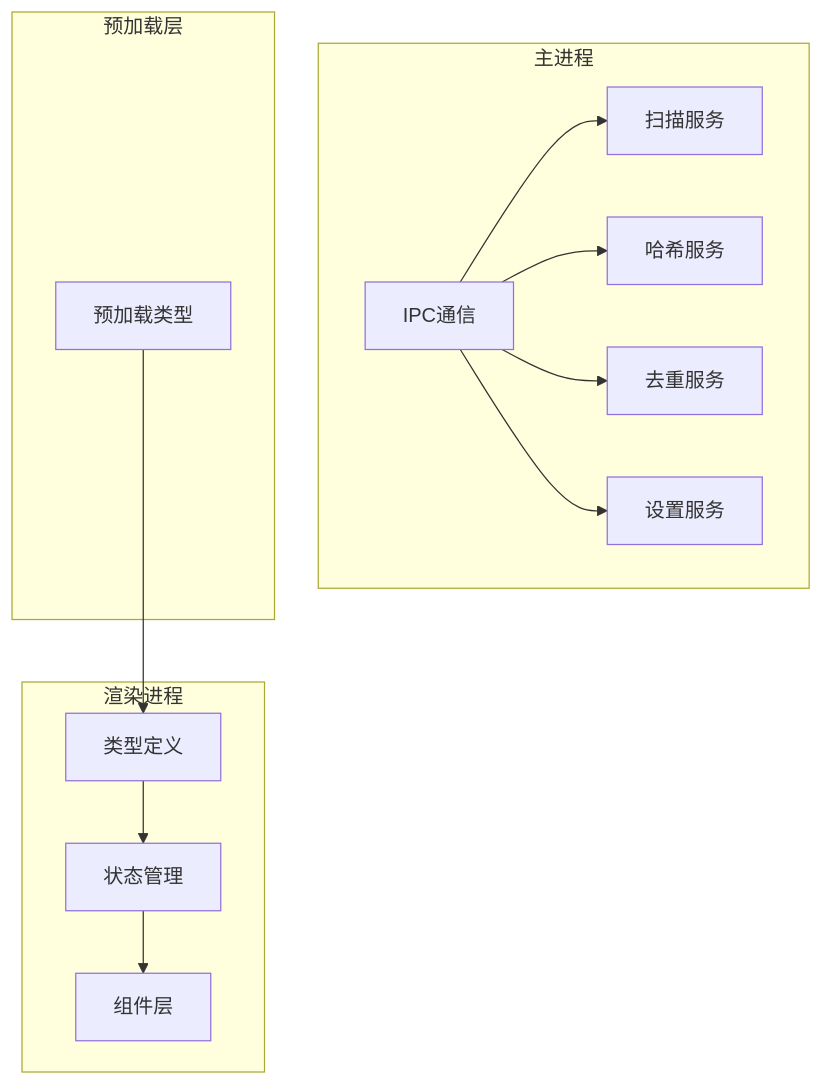
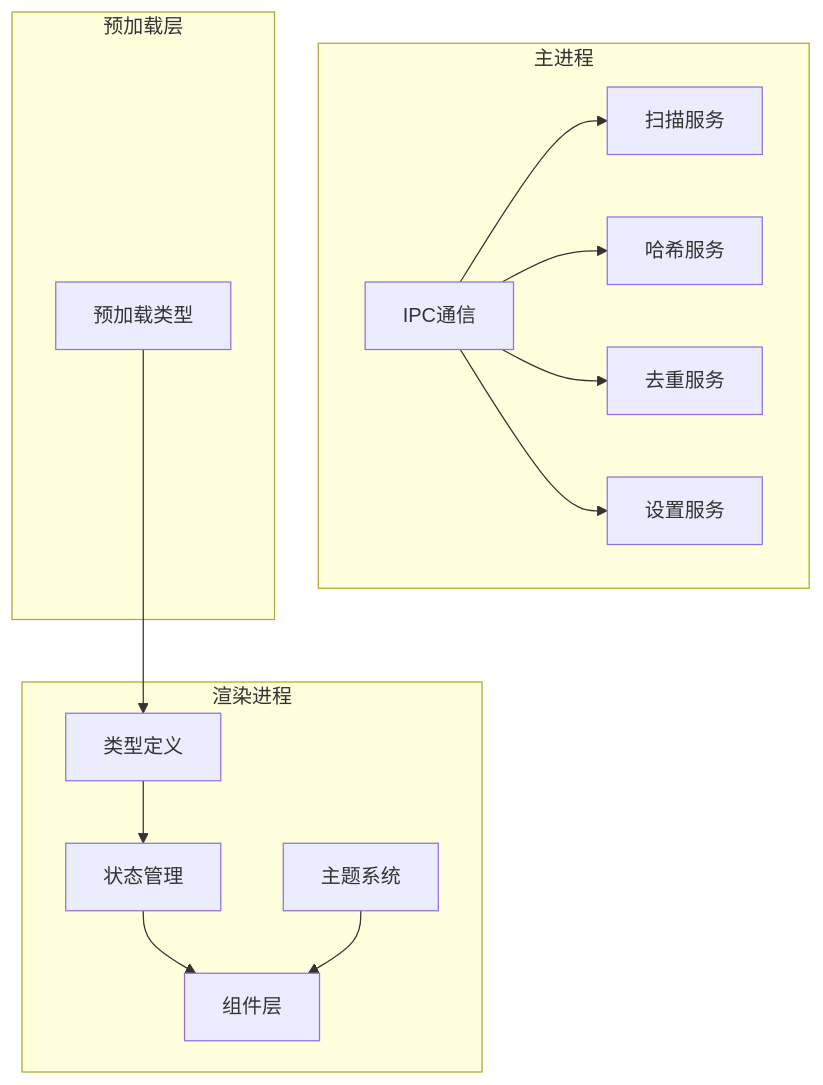
Before and after one commit to remgasuki/ReDoPhoto: the first of 10 diagrams in .qoder/repowiki/zh/content/API参考手册/类型定义参考.md, drawn with Mermaid. The commit also changed other lines of this file and 10 other files, not shown here.

````diff
--- a/.qoder/repowiki/zh/content/API参考手册/类型定义参考.md
+++ b/.qoder/repowiki/zh/content/API参考手册/类型定义参考.md
@@ -33,25 +50,27 @@
 ```mermaid
 graph TB
 subgraph "主进程"
 IPC[IPC通信]
 Scanner[扫描服务]
 Hasher[哈希服务]
 Deduper[去重服务]
 Settings[设置服务]
 end
 subgraph "渲染进程"
 Types[类型定义]
 Stores[状态管理]
 Components[组件层]
+Theme[主题系统]
 end
 subgraph "预加载层"
 Preload[预加载类型]
 end
 IPC --> Scanner
 IPC --> Hasher
 IPC --> Deduper
 IPC --> Settings
 Types --> Stores
 Stores --> Components
 Preload --> Types
+Theme --> Components
 ```
````
